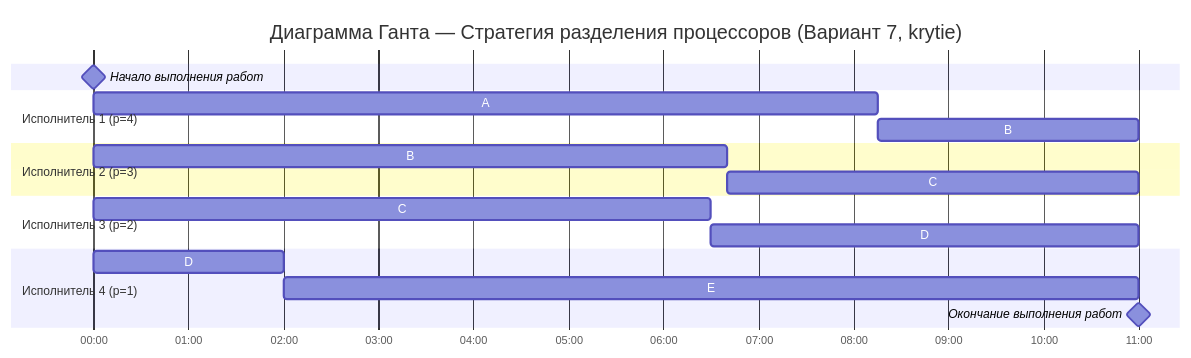
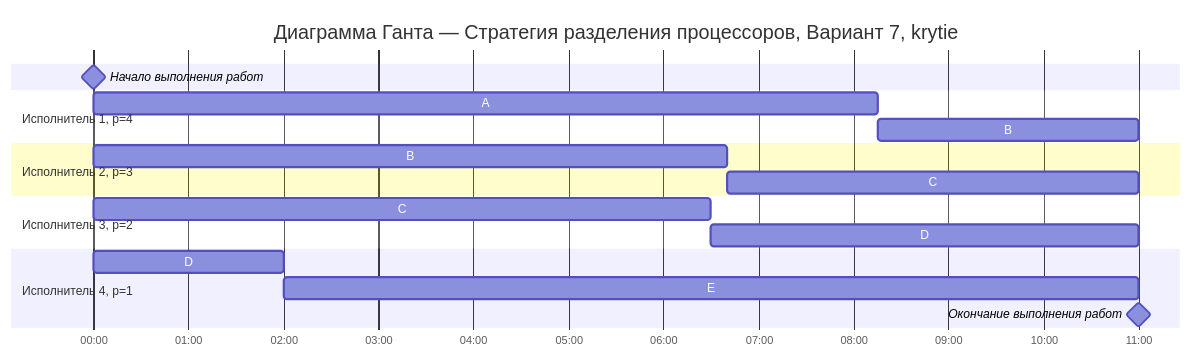
One commit to algos-ris-24-4/manual-tasks changed the diagram in Задание 5/krytie 5.md. Above: the diagram before and after it, drawn with Mermaid. The commit also changed other lines of this file, not shown here.

````diff
--- a/Задание 5/krytie 5.md
+++ b/Задание 5/krytie 5.md
@@ -168,26 +166,26 @@
 ```mermaid
 gantt
-    title Диаграмма Ганта — Стратегия разделения процессоров (Вариант 7, krytie)
+    title Диаграмма Ганта — Стратегия разделения процессоров, Вариант 7, krytie
     dateFormat DD HH:mm
     axisFormat %H:%M
 
     Начало выполнения работ : milestone, m1, 01 00:00, 0m
 
-    section Исполнитель 1 (p=4)
+    section Исполнитель 1, p=4
     A :a1, 01 00:00, 495m
     B :a2, after a1, 165m
 
-    section Исполнитель 2 (p=3)
+    section Исполнитель 2, p=3
     B :b1, 01 00:00, 400m
     C :b2, after b1, 260m
 
-    section Исполнитель 3 (p=2)
+    section Исполнитель 3, p=2
     C :c1, 01 00:00, 390m
     D :c2, after c1, 270m
 
-    section Исполнитель 4 (p=1)
+    section Исполнитель 4, p=1
     D :d1, 01 00:00, 120m
     E :d2, after d1, 540m
 
     Окончание выполнения работ : milestone, m2, 01 11:00, 0m
 ```
````
